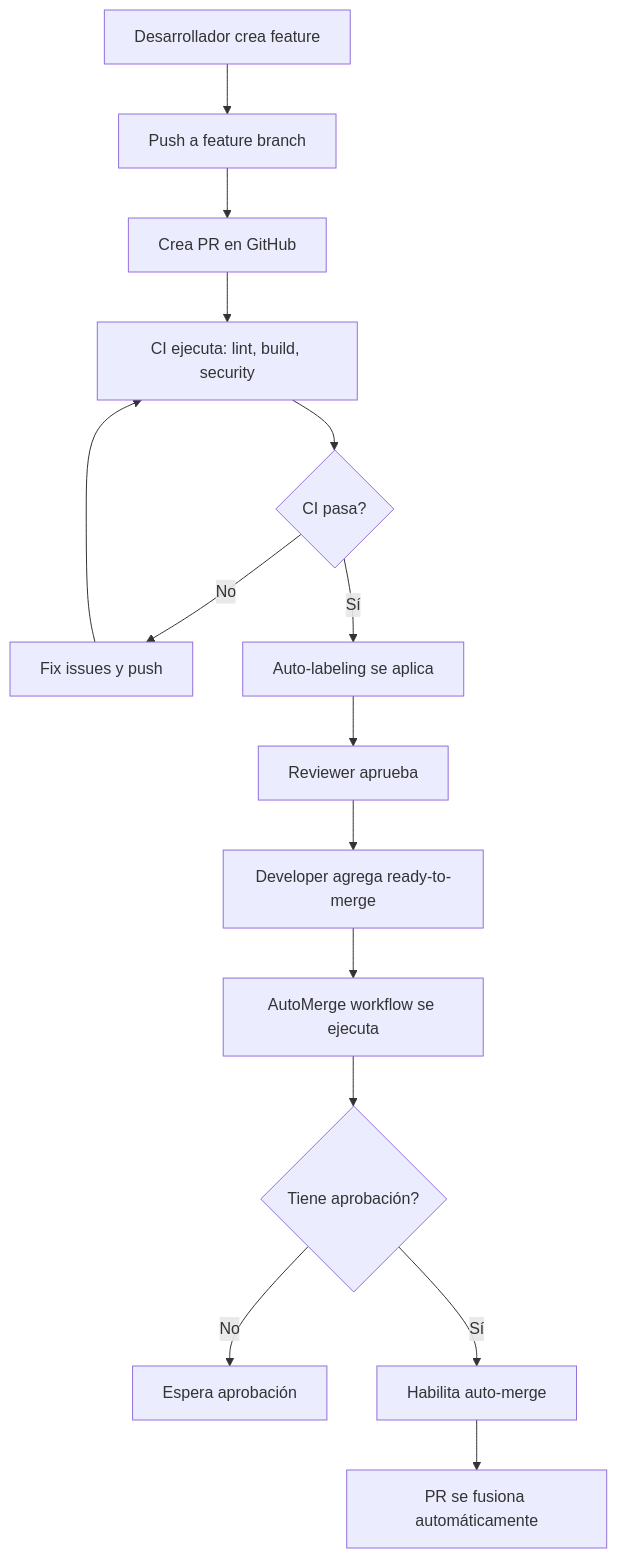
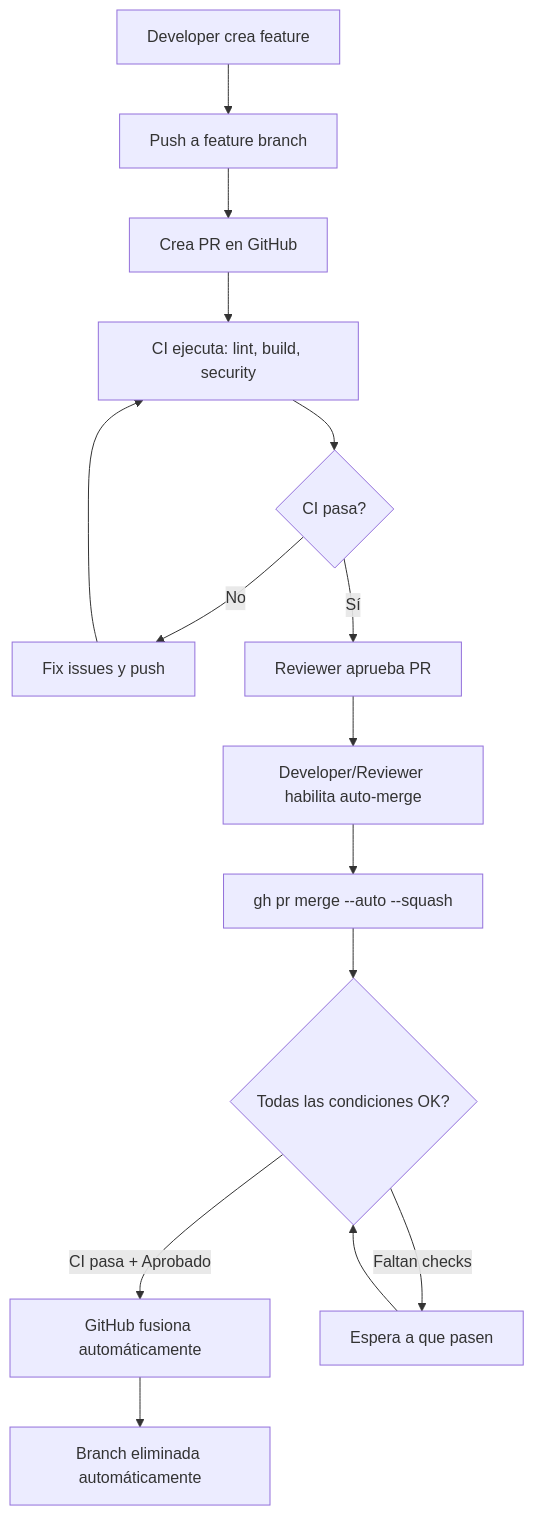
One commit to VanOps/AutoMergeFeature changed the diagram in README.md. Above: the diagram before and after it, drawn with Mermaid. The commit also changed other lines of this file and 1 other file, not shown here.

Commit message:
auto update PR

````diff
--- a/README.md
+++ b/README.md
@@ -300,17 +303,17 @@
 ```mermaid
 graph TD
-    A[Desarrollador crea feature] --> B[Push a feature branch]
+    A[Developer crea feature] --> B[Push a feature branch]
     B --> C[Crea PR en GitHub]
     C --> D[CI ejecuta: lint, build, security]
     D --> E{CI pasa?}
     E -->|No| F[Fix issues y push]
     F --> D
-    E -->|Sí| G[Auto-labeling se aplica]
-    G --> H[Reviewer aprueba]
-    H --> I[Developer agrega ready-to-merge]
-    I --> J[AutoMerge workflow se ejecuta]
-    J --> K{Tiene aprobación?}
-    K -->|No| L[Espera aprobación]
-    K -->|Sí| M[Habilita auto-merge]
-    M --> N[PR se fusiona automáticamente]
+    E -->|Sí| G[Reviewer aprueba PR]
+    G --> H[Developer/Reviewer habilita auto-merge]
+    H --> I["gh pr merge --auto --squash"]
+    I --> J{Todas las condiciones OK?}
+    J -->|CI pasa + Aprobado| K[GitHub fusiona automáticamente]
+    J -->|Faltan checks| L[Espera a que pasen]
+    L --> J
+    K --> M[Branch eliminada automáticamente]
 ```
````
